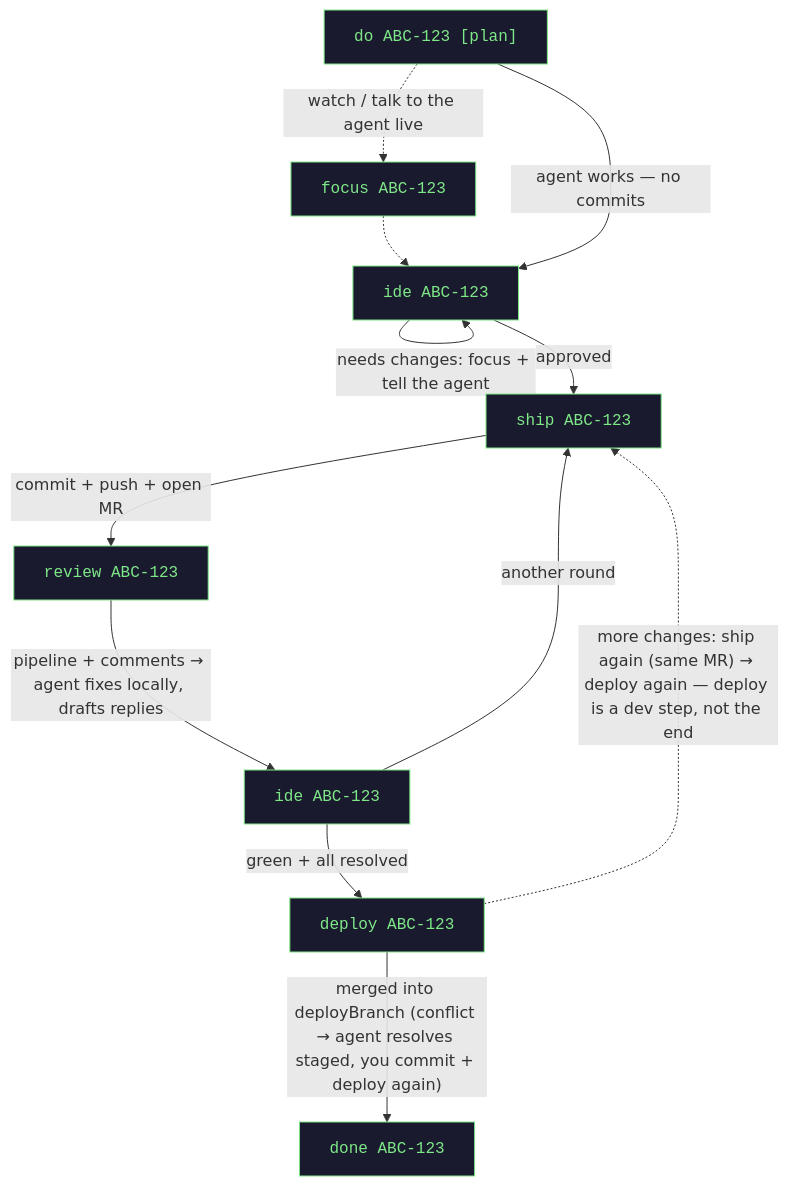
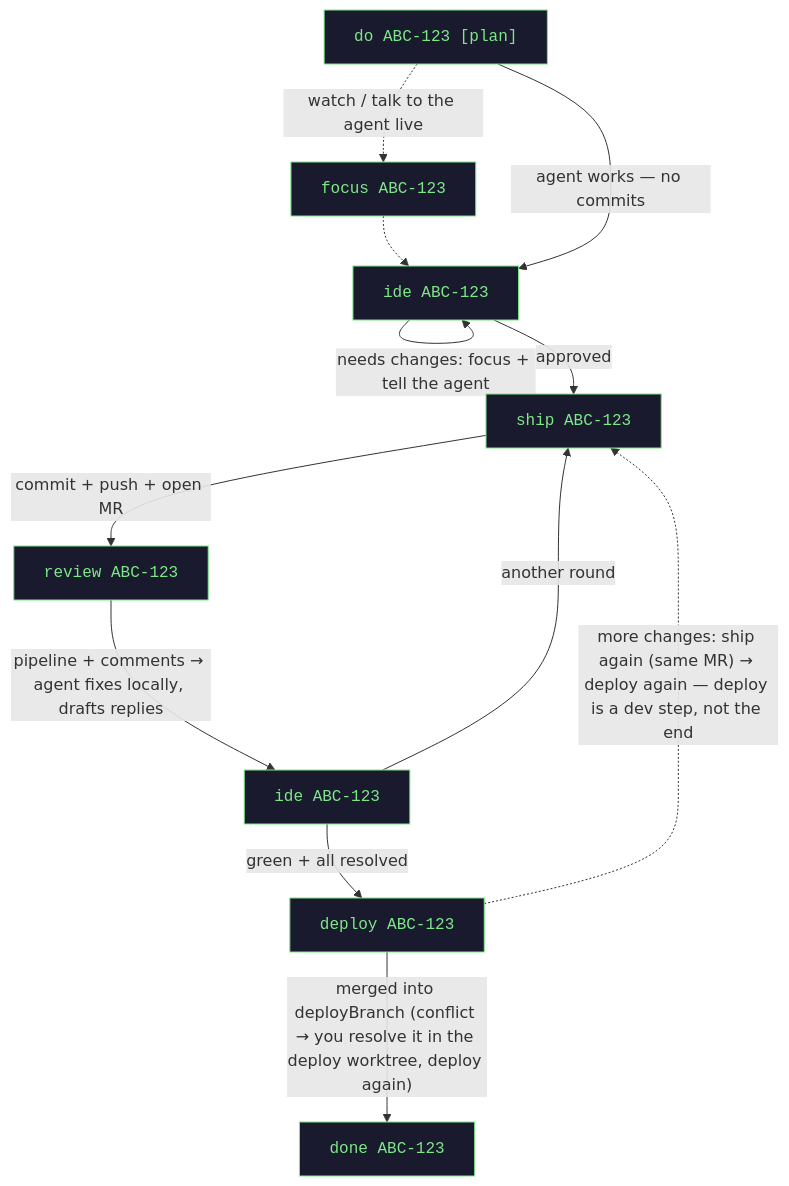
Before and after one commit to GulDmitry/jagt: the diagram in README.md, drawn with Mermaid. The commit also changed other lines of this file and 4 other files, not shown here.

````diff
--- a/README.md
+++ b/README.md
@@ -128,26 +133,26 @@
 ```mermaid
 flowchart TD
     DO["do ABC-123 [plan]"]
     IDE1["ide ABC-123"]
     SHIP["ship ABC-123"]
     REVIEW["review ABC-123"]
     IDE2["ide ABC-123"]
     DEPLOY["deploy ABC-123"]
     DONE["done ABC-123"]
 
     FOCUS["focus ABC-123"]
     DO -.->|"watch / talk to the agent live"| FOCUS
     FOCUS -.-> IDE1
     DO -->|"agent works — no commits"| IDE1
     IDE1 -->|"needs changes: focus + tell the agent"| IDE1
     IDE1 -->|"approved"| SHIP
     SHIP -->|"commit + push + open MR"| REVIEW
     REVIEW -->|"pipeline + comments → agent fixes locally, drafts replies"| IDE2
     IDE2 -->|"another round"| SHIP
     IDE2 -->|"green + all resolved"| DEPLOY
-    DEPLOY -->|"merged into deployBranch (conflict → agent resolves staged, you commit + deploy again)"| DONE
+    DEPLOY -->|"merged into deployBranch (conflict → you resolve it in the deploy worktree, deploy again)"| DONE
     DEPLOY -.->|"more changes: ship again (same MR) → deploy again — deploy is a dev step, not the end"| SHIP
 
     classDef cmd font-family:monospace,fill:#1a1a2e,color:#7ee787,stroke:#7ee787;
     class DO,FOCUS,IDE1,SHIP,REVIEW,IDE2,DEPLOY,DONE cmd;
 ```
````
